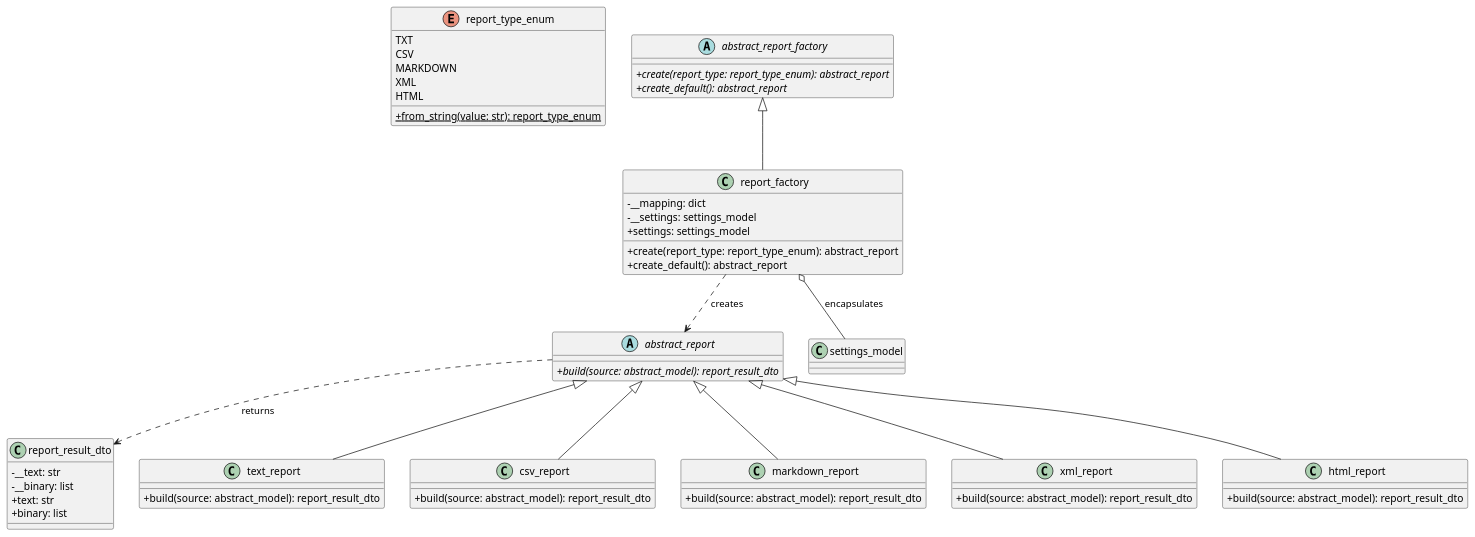
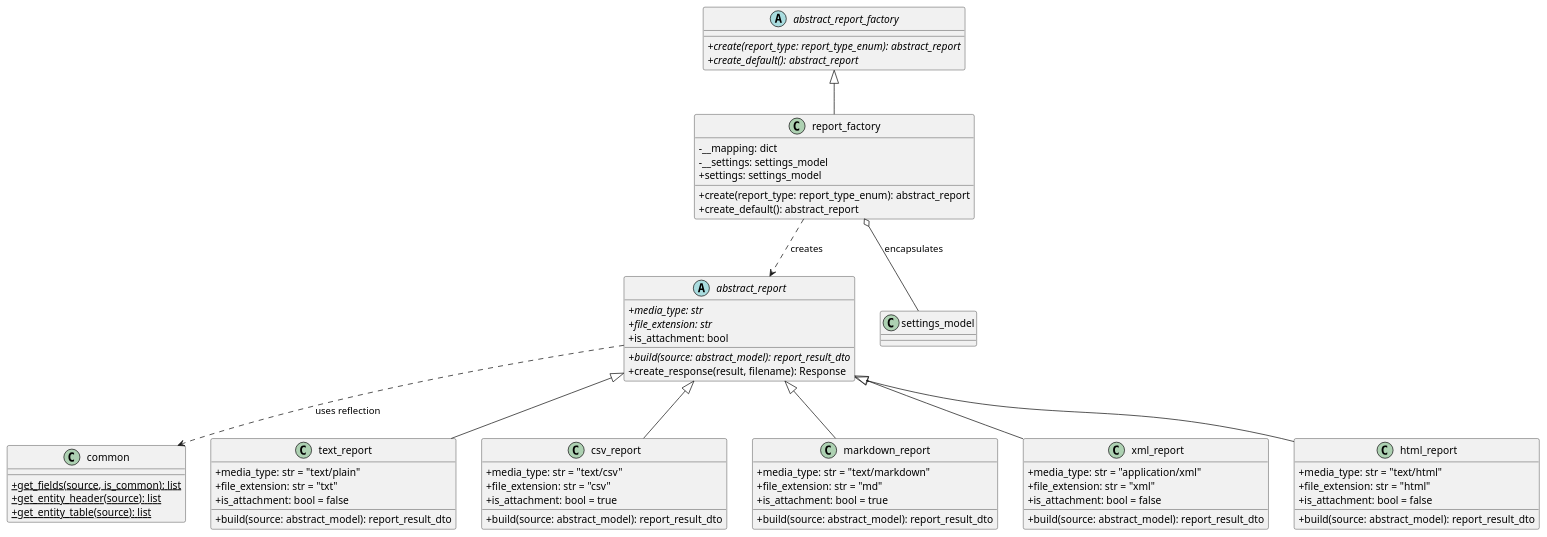
Before and after one commit to Hikaru-Hrn/Patterns2026_YM: the second of 4 diagrams in _docs/UML_diagrams.md, drawn with PlantUML. The commit also changed other lines of this file, not shown here.

Commit message:
update UML

````diff
--- a/_docs/UML_diagrams.md
+++ b/_docs/UML_diagrams.md
@@ -258,69 +302,78 @@
 ```plantuml
 @startuml
 skinparam classAttributeIconSize 0
 
-enum report_type_enum {
-    TXT
-    CSV
-    MARKDOWN
-    XML
-    HTML
-    + {static} from_string(value: str): report_type_enum
-}
-
-class report_result_dto {
-    - __text: str
-    - __binary: list
-    + text: str
-    + binary: list
+class common {
+    + {static} get_fields(source, is_common): list
+    + {static} get_entity_header(source): list
+    + {static} get_entity_table(source): list
 }
 
 abstract class abstract_report {
     + {abstract} build(source: abstract_model): report_result_dto
+    + {abstract} media_type: str
+    + {abstract} file_extension: str
+    + is_attachment: bool
+    + create_response(result, filename): Response
 }
 
 class text_report {
+    + media_type: str = "text/plain"
+    + file_extension: str = "txt"
+    + is_attachment: bool = false
     + build(source: abstract_model): report_result_dto
 }
 
 class csv_report {
+    + media_type: str = "text/csv"
+    + file_extension: str = "csv"
+    + is_attachment: bool = true
     + build(source: abstract_model): report_result_dto
 }
 
 class markdown_report {
+    + media_type: str = "text/markdown"
+    + file_extension: str = "md"
+    + is_attachment: bool = true
     + build(source: abstract_model): report_result_dto
 }
 
 class xml_report {
+    + media_type: str = "application/xml"
+    + file_extension: str = "xml"
+    + is_attachment: bool = false
     + build(source: abstract_model): report_result_dto
 }
 
 class html_report {
+    + media_type: str = "text/html"
+    + file_extension: str = "html"
+    + is_attachment: bool = false
     + build(source: abstract_model): report_result_dto
 }
 
 abstract class abstract_report_factory {
     + {abstract} create(report_type: report_type_enum): abstract_report
     + {abstract} create_default(): abstract_report
 }
 
 class report_factory {
     - __mapping: dict
     - __settings: settings_model
     + create(report_type: report_type_enum): abstract_report
     + create_default(): abstract_report
     + settings: settings_model
 }
 
 abstract_report <|-- text_report
 abstract_report <|-- csv_report
 abstract_report <|-- markdown_report
 abstract_report <|-- xml_report
 abstract_report <|-- html_report
 
+abstract_report ..> common : uses reflection
 abstract_report_factory <|-- report_factory
 report_factory ..> abstract_report : creates
 report_factory o-- settings_model : encapsulates
-abstract_report ..> report_result_dto : returns
 @enduml
 ```
````
